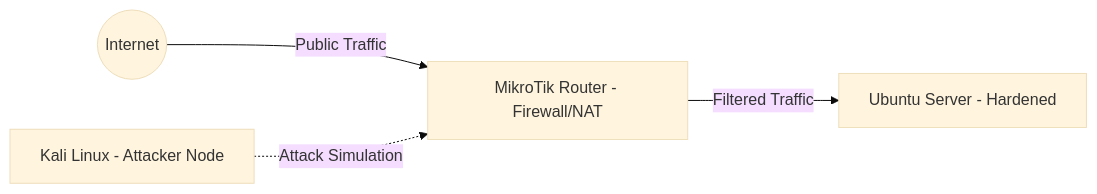
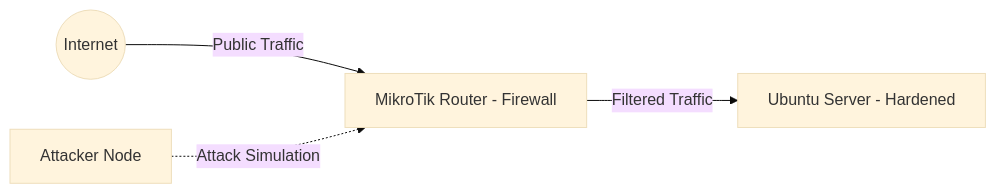
One commit to pagarkristian/enterprise-homelab-core changed the diagram in v1.1.0-hardened.md. Above: the diagram before and after it, drawn with Mermaid (base theme). The commit also changed other lines of this file, not shown here.

````diff
--- a/v1.1.0-hardened.md
+++ b/v1.1.0-hardened.md
@@ -1,6 +12,6 @@
 ```mermaid
 graph LR
-    Internet((Internet)) -->|Public Traffic| MT[MikroTik Router - Firewall/NAT]
+    Internet((Internet)) -->|Public Traffic| MT[MikroTik Router - Firewall]
     MT -->|Filtered Traffic| UB[Ubuntu Server - Hardened]
-    Kali[Kali Linux - Attacker Node] -.->|Attack Simulation| MT
+    Kali[Attacker Node] -.->|Attack Simulation| MT
 ```
````
